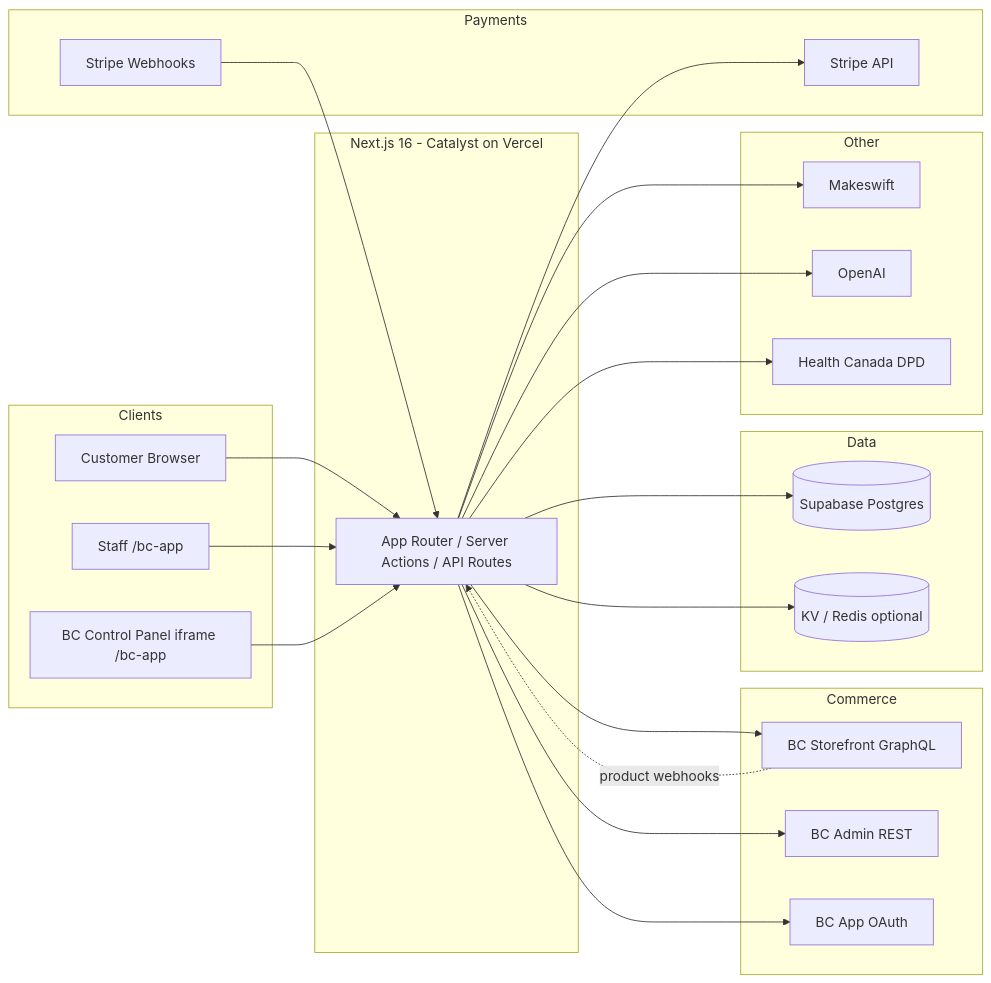
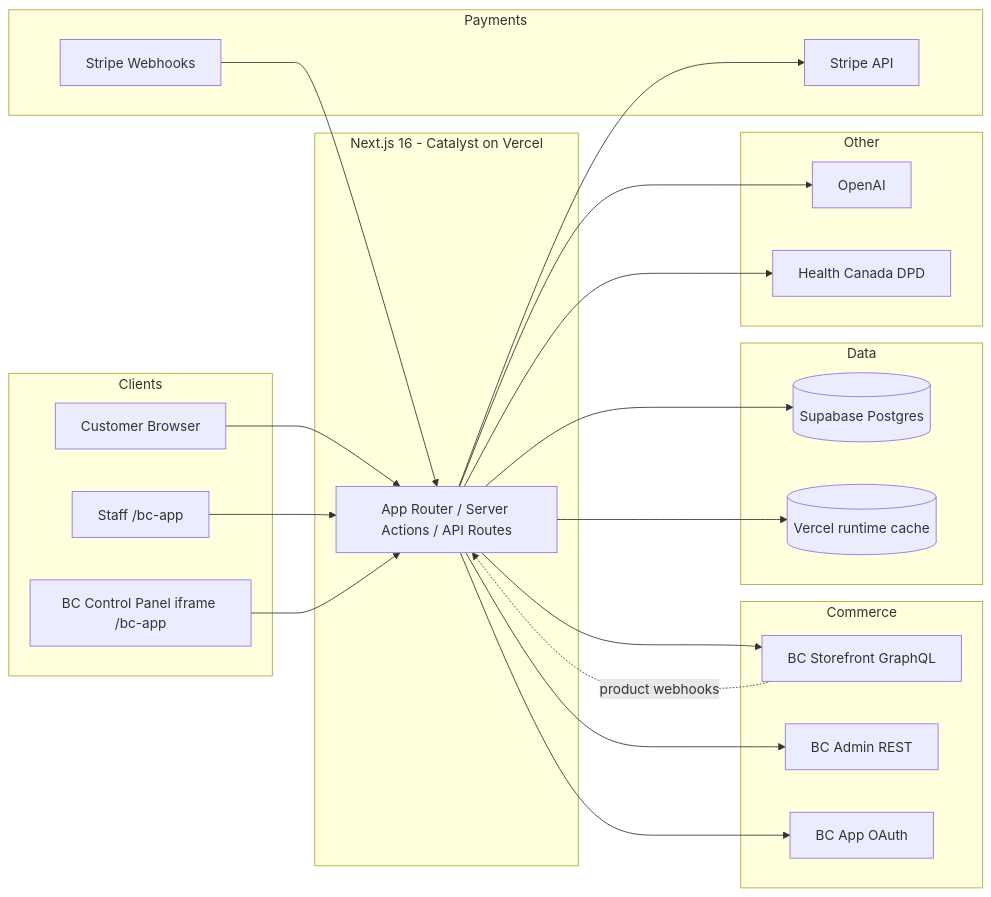
One commit to lolo19950603/liivv-test-catalyst-app changed the first of 5 diagrams in docs/Liivv-Architecture-Deep-Dive.md. Above: the diagram before and after it, drawn with Mermaid. The commit also changed other lines of this file and 17 other files, not shown here.

````diff
--- a/docs/Liivv-Architecture-Deep-Dive.md
+++ b/docs/Liivv-Architecture-Deep-Dive.md
@@ -47,49 +48,47 @@
 ```mermaid
 flowchart LR
   subgraph Clients
     C[Customer Browser]
     S[Staff /bc-app]
     B[BC Control Panel iframe /bc-app]
   end
 
   subgraph Hub["Next.js 16 - Catalyst on Vercel"]
     N[App Router / Server Actions / API Routes]
   end
 
   subgraph Commerce
     BCG[BC Storefront GraphQL]
     BCA[BC Admin REST]
     BCO[BC App OAuth]
   end
 
   subgraph Data
     SB[(Supabase Postgres)]
-    KV[(KV / Redis optional)]
+    KV[(Vercel runtime cache)]
   end
 
   subgraph Payments
     STK[Stripe API]
     STW[Stripe Webhooks]
   end
 
   subgraph Other
-    MS[Makeswift]
     AI[OpenAI]
     DPD[Health Canada DPD]
   end
 
   C --> N
   S --> N
   B --> N
   N --> BCG
   N --> BCA
   N --> BCO
   N --> SB
   N --> KV
   N --> STK
-  N --> MS
   N --> AI
   N --> DPD
   STW --> N
   BCG -.->|product webhooks| N
 ```
````
